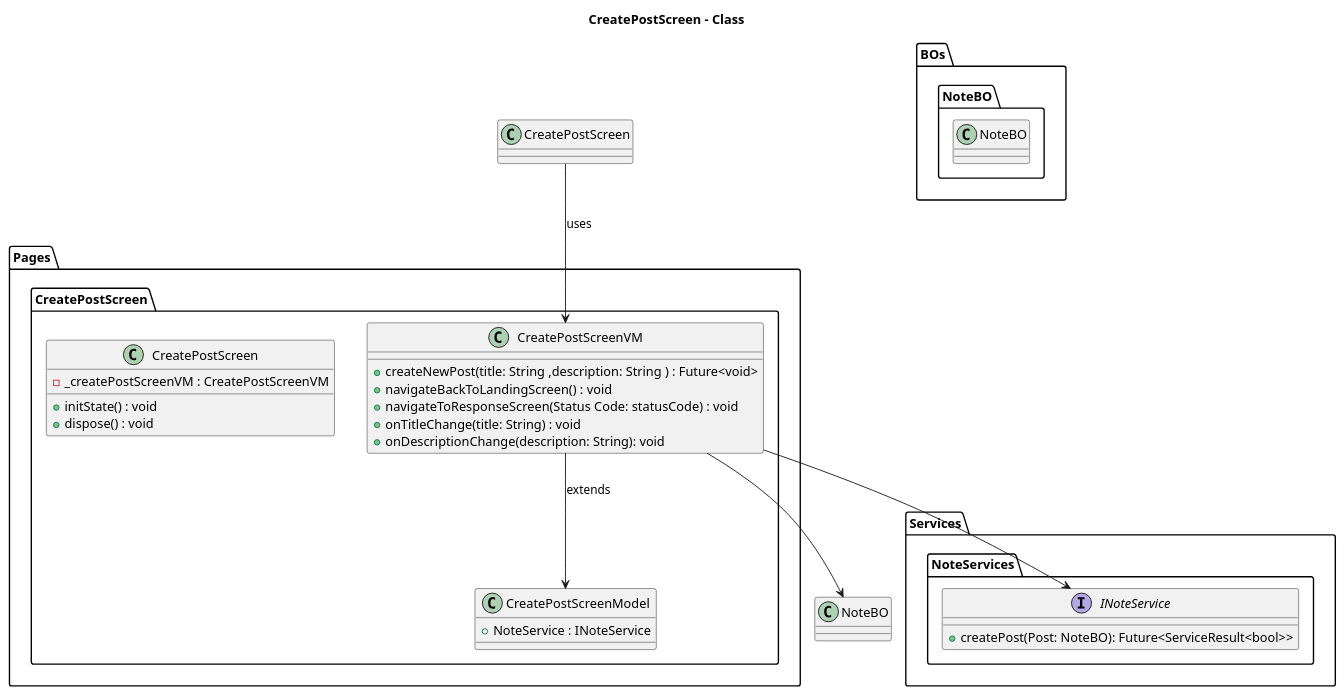
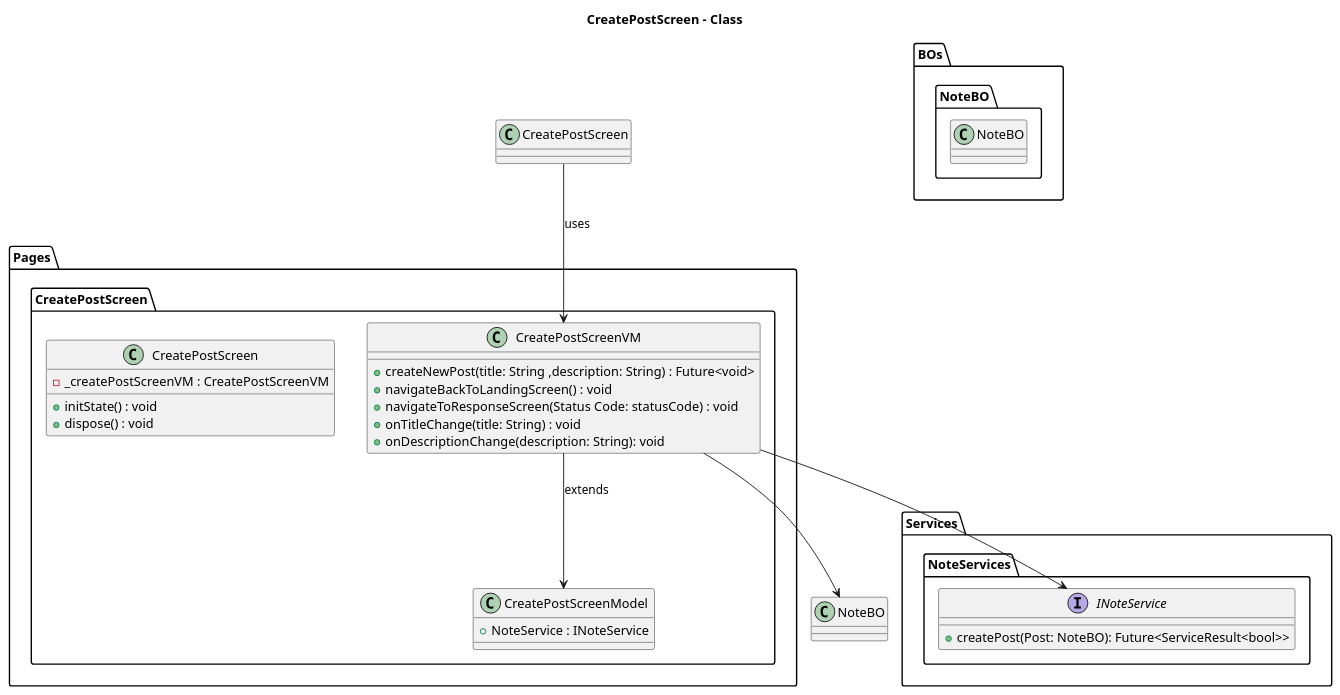
The diagram in lib/Pages/CreatePostScreen/Design/CreatePostScreen-Class.puml (ThirumuruganArumugam/social_media), drawn with PlantUML before and after one commit. The commit also changed 6 other files, not shown here.

Commit message:
sequence diagram for BO and Service

```diff
--- a/lib/Pages/CreatePostScreen/Design/CreatePostScreen-Class.puml
+++ b/lib/Pages/CreatePostScreen/Design/CreatePostScreen-Class.puml
@@ -1,44 +1,44 @@
 @startuml CreatePostScreen - Class
 
 title **CreatePostScreen - Class**
 
 package Pages{
     package CreatePostScreen{
         class CreatePostScreenModel{
             + NoteService : INoteService
         }
         class CreatePostScreenVM{
-            + createNewPost(title: String ,description: String ) : Future<void>
+            + createNewPost(title: String ,description: String) : Future<void>
             + navigateBackToLandingScreen() : void
             + navigateToResponseScreen(Status Code: statusCode) : void
             + onTitleChange(title: String) : void
             + onDescriptionChange(description: String): void
         }
         class CreatePostScreen{
             - _createPostScreenVM : CreatePostScreenVM
             + initState() : void
             + dispose() : void
         }
     }
 }
 
 package Services{
     package NoteServices{
         interface INoteService{
             + createPost(Post: NoteBO): Future<ServiceResult<bool>>
         }
     }
 }
 
 package BOs{
     package NoteBO{
         class NoteBO{
         }
     }
 }
 
 CreatePostScreenVM --> NoteBO 
 CreatePostScreenVM --> INoteService 
 CreatePostScreenVM --> CreatePostScreenModel : extends
 CreatePostScreen --> CreatePostScreenVM : uses
 @enduml
```
